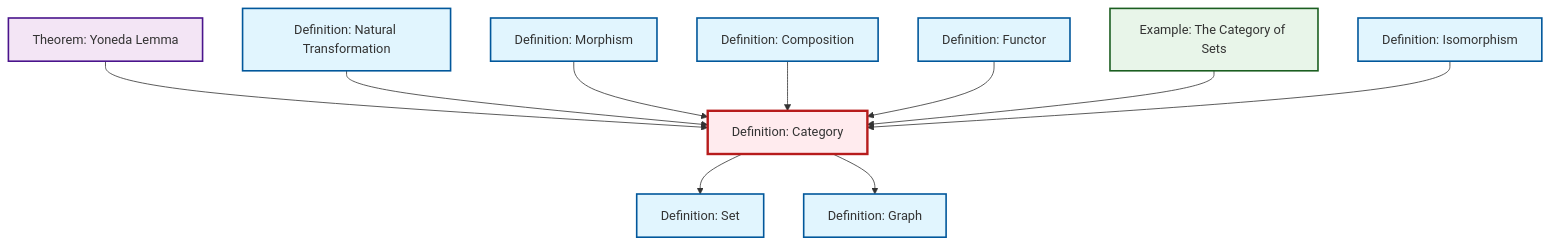
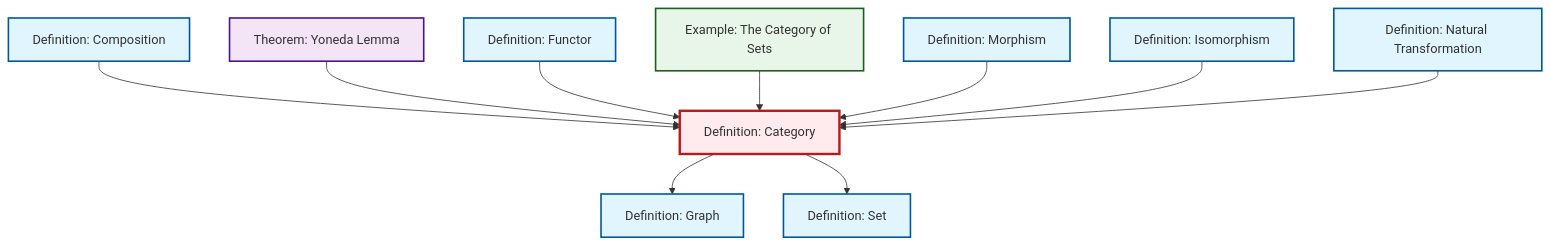
One commit to RK0429/ModernMath changed the diagram in content/ja/category-theory/def-category.qmd. Above: the diagram before and after it, drawn with Mermaid. The commit also changed other lines of this file and 615 other files, not shown here.

````diff
--- a/content/ja/category-theory/def-category.qmd
+++ b/content/ja/category-theory/def-category.qmd
@@ -48,38 +48,38 @@
 ```{mermaid}
 %%| fig-cap: "Local dependency graph"
 graph TD
     classDef definition fill:#e1f5fe,stroke:#01579b,stroke-width:2px
     classDef theorem fill:#f3e5f5,stroke:#4a148c,stroke-width:2px
     classDef axiom fill:#fff3e0,stroke:#e65100,stroke-width:2px
     classDef example fill:#e8f5e9,stroke:#1b5e20,stroke-width:2px
     classDef current fill:#ffebee,stroke:#b71c1c,stroke-width:3px
+    def-natural-transformation["Definition: Natural Transformation"]:::definition
+    ex-set-category["Example: The Category of Sets"]:::example
     def-set["Definition: Set"]:::definition
+    def-category["Definition: Category"]:::definition
+    def-composition["Definition: Composition"]:::definition
+    def-functor["Definition: Functor"]:::definition
+    def-morphism["Definition: Morphism"]:::definition
+    thm-yoneda["Theorem: Yoneda Lemma"]:::theorem
+    def-graph["Definition: Graph"]:::definition
     def-isomorphism["Definition: Isomorphism"]:::definition
-    def-functor["Definition: Functor"]:::definition
-    thm-yoneda["Theorem: Yoneda Lemma"]:::theorem
-    def-natural-transformation["Definition: Natural Transformation"]:::definition
-    def-graph["Definition: Graph"]:::definition
-    def-category["Definition: Category"]:::definition
-    def-morphism["Definition: Morphism"]:::definition
-    ex-set-category["Example: The Category of Sets"]:::example
-    def-composition["Definition: Composition"]:::definition
+    def-composition --> def-category
     thm-yoneda --> def-category
-    def-natural-transformation --> def-category
-    def-morphism --> def-category
-    def-composition --> def-category
-    def-category --> def-set
-    def-category --> def-graph
     def-functor --> def-category
     ex-set-category --> def-category
+    def-morphism --> def-category
     def-isomorphism --> def-category
+    def-category --> def-graph
+    def-category --> def-set
+    def-natural-transformation --> def-category
     class def-category current
+    click def-natural-transformation "def-natural-transformation.html" "Definition: Natural Transformationへ"
+    click ex-set-category "ex-set-category.html" "Example: The Category of Setsへ"
     click def-set "def-set.html" "Definition: Setへ"
+    click def-composition "def-composition.html" "Definition: Compositionへ"
+    click def-functor "def-functor.html" "Definition: Functorへ"
+    click def-morphism "def-morphism.html" "Definition: Morphismへ"
+    click thm-yoneda "thm-yoneda.html" "Theorem: Yoneda Lemmaへ"
+    click def-graph "def-graph.html" "Definition: Graphへ"
     click def-isomorphism "def-isomorphism.html" "Definition: Isomorphismへ"
-    click def-functor "def-functor.html" "Definition: Functorへ"
-    click thm-yoneda "thm-yoneda.html" "Theorem: Yoneda Lemmaへ"
-    click def-natural-transformation "def-natural-transformation.html" "Definition: Natural Transformationへ"
-    click def-graph "def-graph.html" "Definition: Graphへ"
-    click def-morphism "def-morphism.html" "Definition: Morphismへ"
-    click ex-set-category "ex-set-category.html" "Example: The Category of Setsへ"
-    click def-composition "def-composition.html" "Definition: Compositionへ"
 ```
````
